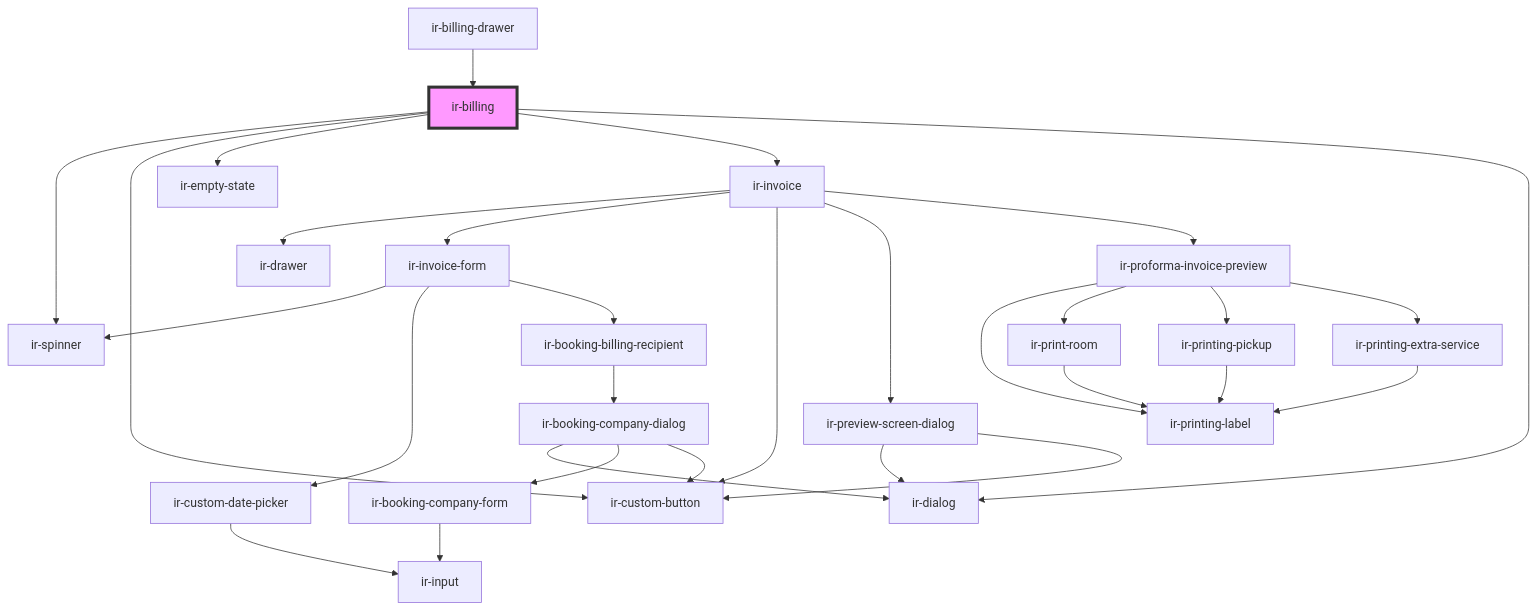
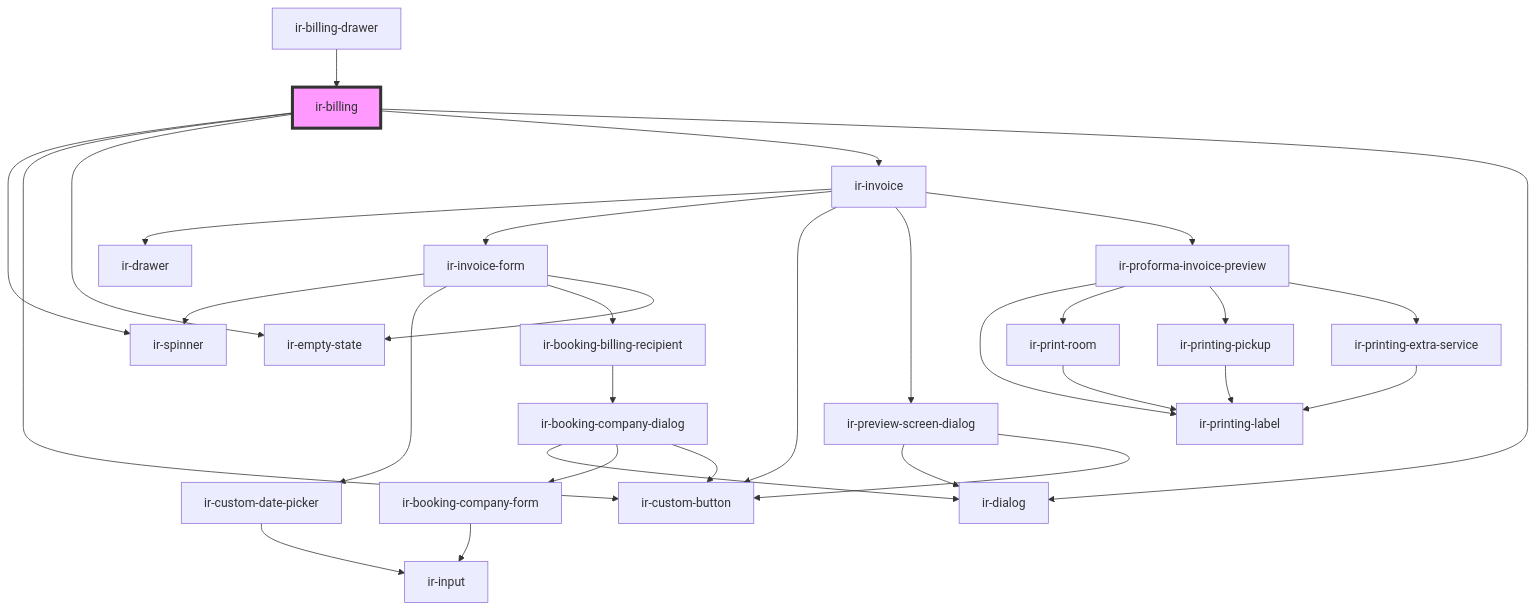
Before and after one commit to David1Chowaifaty/modified-ir-webcmp: the diagram in src/components/ir-billing/readme.md, drawn with Mermaid. The commit also changed 21 other files, not shown here.

First line of the commit message:
Add ir-empty-state integration to invoice form across multiple components

````diff
--- a/src/components/ir-billing/readme.md
+++ b/src/components/ir-billing/readme.md
@@ -37,33 +37,34 @@
 ```mermaid
 graph TD;
   ir-billing --> ir-spinner
   ir-billing --> ir-custom-button
   ir-billing --> ir-empty-state
   ir-billing --> ir-invoice
   ir-billing --> ir-dialog
   ir-invoice --> ir-drawer
   ir-invoice --> ir-invoice-form
   ir-invoice --> ir-custom-button
   ir-invoice --> ir-preview-screen-dialog
   ir-invoice --> ir-proforma-invoice-preview
   ir-invoice-form --> ir-spinner
   ir-invoice-form --> ir-custom-date-picker
   ir-invoice-form --> ir-booking-billing-recipient
+  ir-invoice-form --> ir-empty-state
   ir-custom-date-picker --> ir-input
   ir-booking-billing-recipient --> ir-booking-company-dialog
   ir-booking-company-dialog --> ir-dialog
   ir-booking-company-dialog --> ir-booking-company-form
   ir-booking-company-dialog --> ir-custom-button
   ir-booking-company-form --> ir-input
   ir-preview-screen-dialog --> ir-dialog
   ir-preview-screen-dialog --> ir-custom-button
   ir-proforma-invoice-preview --> ir-printing-label
   ir-proforma-invoice-preview --> ir-print-room
   ir-proforma-invoice-preview --> ir-printing-pickup
   ir-proforma-invoice-preview --> ir-printing-extra-service
   ir-print-room --> ir-printing-label
   ir-printing-pickup --> ir-printing-label
   ir-printing-extra-service --> ir-printing-label
   ir-billing-drawer --> ir-billing
   style ir-billing fill:#f9f,stroke:#333,stroke-width:4px
 ```
````
